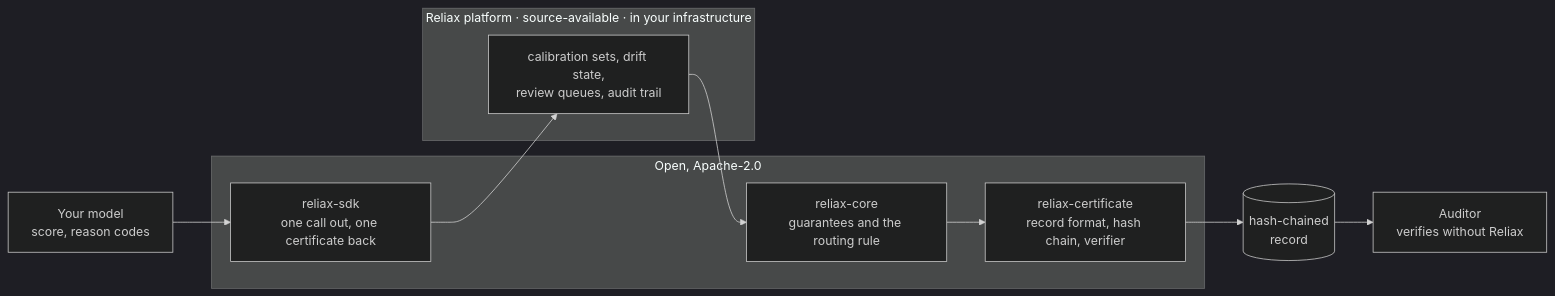
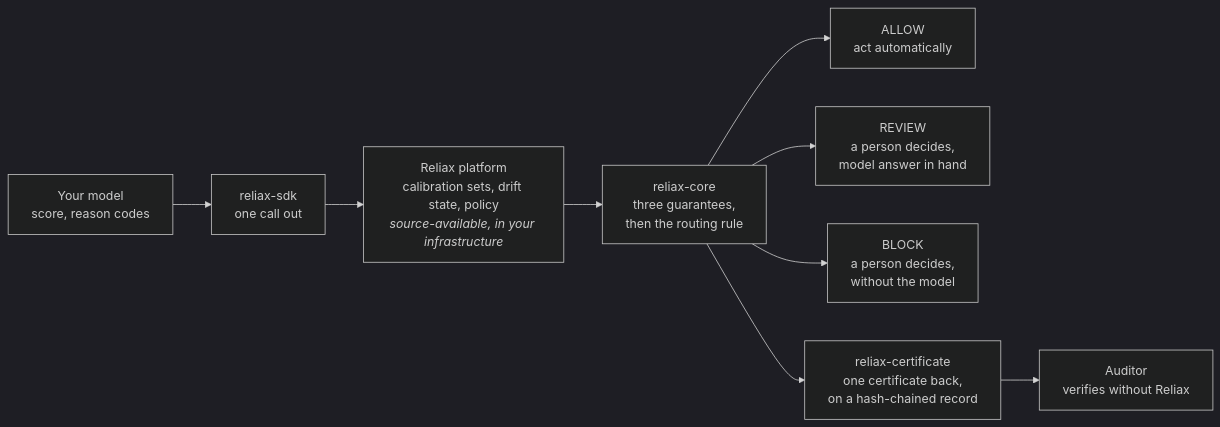
The diagram in profile/README.md (reliax-io/.github), drawn with Mermaid (dark theme) before and after one commit. The commit also changed other lines of this file, not shown here.

First line of the commit message:
Revise decision routing and certificate explanation

````diff
--- a/profile/README.md
+++ b/profile/README.md
@@ -13,17 +13,11 @@
 ```mermaid
 flowchart LR
-    M["Your model<br/>score, reason codes"] --> S
-    subgraph open ["Open, Apache-2.0"]
-        S["reliax-sdk<br/>one call out, one certificate back"]
-        C["reliax-core<br/>guarantees and the routing rule"]
-        F["reliax-certificate<br/>record format, hash chain, verifier"]
-    end
-    subgraph platform ["Reliax platform · source-available · in your infrastructure"]
-        P["calibration sets, drift state,<br/>review queues, audit trail"]
-    end
-    S --> P
-    P --> C
-    C --> F
-    F --> R[("hash-chained<br/>record")]
-    R --> A["Auditor<br/>verifies without Reliax"]
+    M["Your model<br/>score, reason codes"] --> S["reliax-sdk<br/>one call out"]
+    S --> P["Reliax platform<br/>calibration sets, drift state, policy<br/><i>source-available, in your infrastructure</i>"]
+    P --> C["reliax-core<br/>three guarantees,<br/>then the routing rule"]
+    C --> ALLOW["ALLOW<br/>act automatically"]
+    C --> REVIEW["REVIEW<br/>a person decides,<br/>model answer in hand"]
+    C --> BLOCK["BLOCK<br/>a person decides,<br/>without the model"]
+    C --> F["reliax-certificate<br/>one certificate back,<br/>on a hash-chained record"]
+    F --> A["Auditor<br/>verifies without Reliax"]
 ```
````
